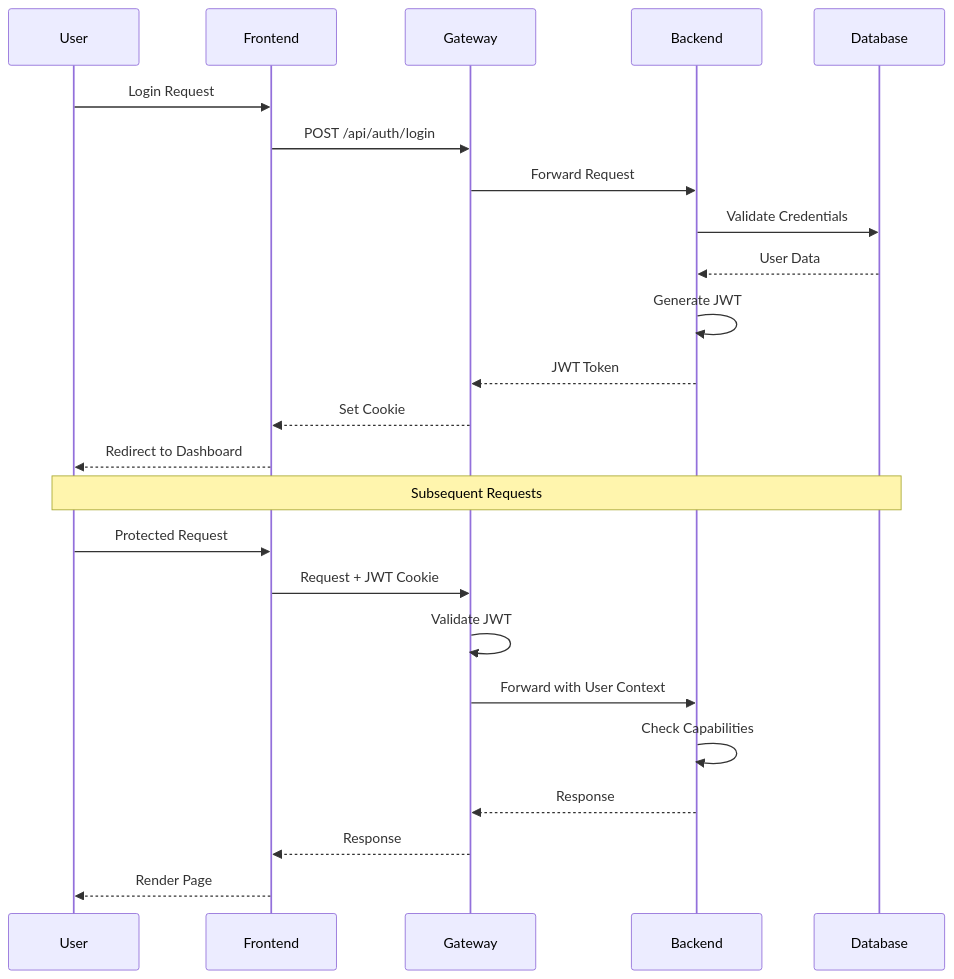
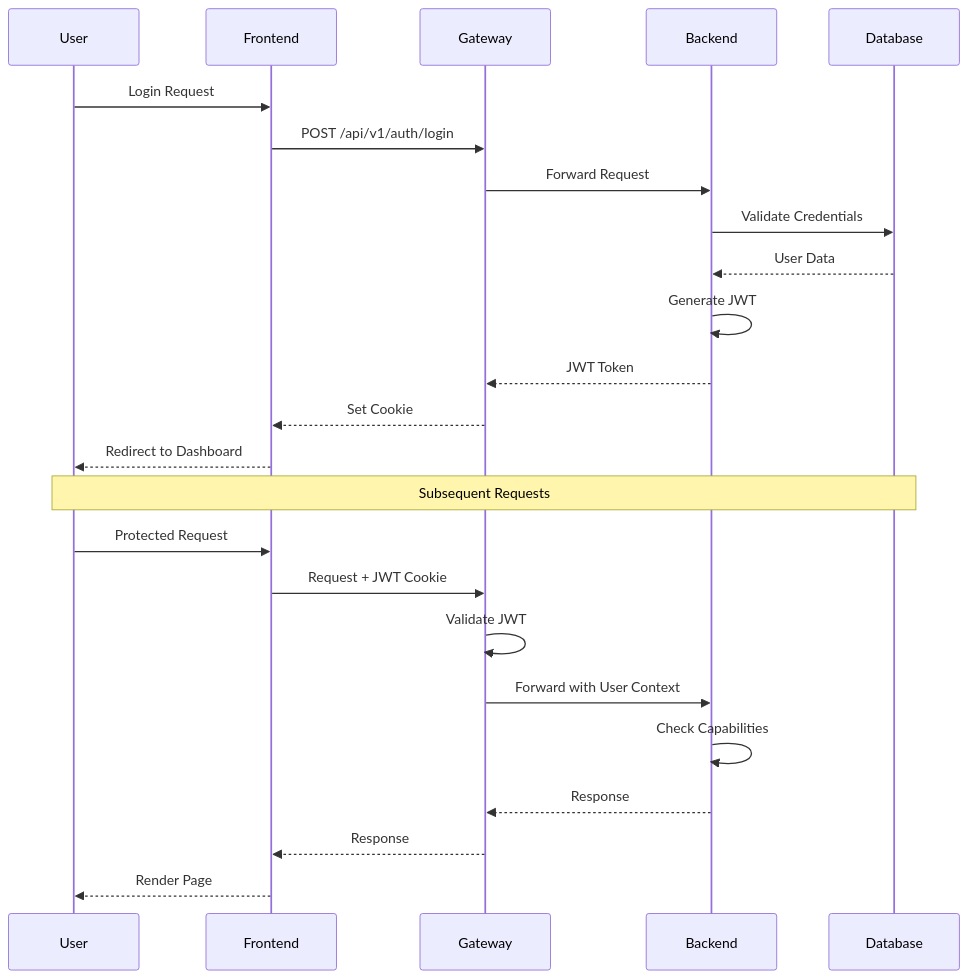
The eighth of 11 diagrams in documentation/architecture.md (jaimemartinez/wordjs), drawn with Mermaid before and after one commit. The commit also changed other lines of this file and 28 other files, not shown here.

````diff
--- a/documentation/architecture.md
+++ b/documentation/architecture.md
@@ -423,29 +423,29 @@
 ```mermaid
 sequenceDiagram
     participant U as User
     participant F as Frontend
     participant G as Gateway
     participant B as Backend
     participant DB as Database
 
     U->>F: Login Request
-    F->>G: POST /api/auth/login
+    F->>G: POST /api/v1/auth/login
     G->>B: Forward Request
     B->>DB: Validate Credentials
     DB-->>B: User Data
     B->>B: Generate JWT
     B-->>G: JWT Token
     G-->>F: Set Cookie
     F-->>U: Redirect to Dashboard
 
     Note over U,DB: Subsequent Requests
 
     U->>F: Protected Request
     F->>G: Request + JWT Cookie
     G->>G: Validate JWT
     G->>B: Forward with User Context
     B->>B: Check Capabilities
     B-->>G: Response
     G-->>F: Response
     F-->>U: Render Page
 ```
````
